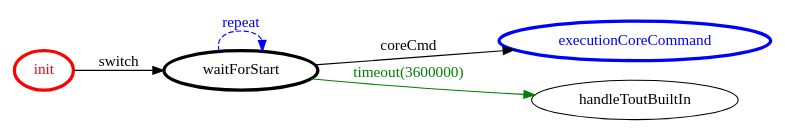
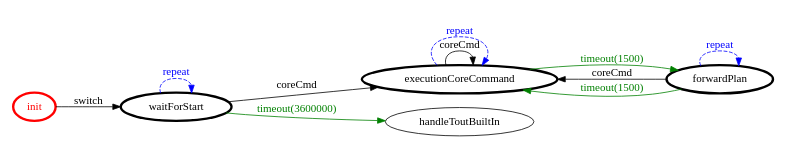
Before and after one commit to FraGio/iss2018: the diagram in it.unibo.projectRobot/srcMore/it/unibo/movecorelogic/movecorelogic.gv, drawn with Graphviz. The commit also changed 26 other files, not shown here.

```diff
--- a/it.unibo.projectRobot/srcMore/it/unibo/movecorelogic/movecorelogic.gv
+++ b/it.unibo.projectRobot/srcMore/it/unibo/movecorelogic/movecorelogic.gv
@@ -1,20 +1,27 @@
 /*
 *
 * A GraphViz DOT FSM description 
 * Please use a GraphViz visualizer (like http://www.webgraphviz.com)
 *  
 */
 
 digraph finite_state_machine {
 	rankdir=LR
 	size="8,5"
 	
 	init [ color = red ][ fontcolor = red ][ penwidth = 3 ]
+	forwardPlan [ color = black ][ fontcolor = black ][ penwidth = 3 ]
 	waitForStart [ color = black ][ fontcolor = black ][ penwidth = 3 ]
-	executionCoreCommand [ color = blue ][ fontcolor = blue ][ penwidth = 3 ]
+	executionCoreCommand [ color = black ][ fontcolor = black ][ penwidth = 3 ]
 	
+	executionCoreCommand -> executionCoreCommand [ label = "coreCmd" ][ color = black ][ fontcolor = black ]
+	forwardPlan -> executionCoreCommand [ label = "coreCmd" ][ color = black ][ fontcolor = black ]
+	executionCoreCommand -> forwardPlan [ label = "timeout(1500)" ][ color = green ][ fontcolor = green ]
 	waitForStart -> handleToutBuiltIn [ label = "timeout(3600000)" ][ color = green ][ fontcolor = green ]
+	executionCoreCommand -> executionCoreCommand [ label = "repeat "][ style = dashed ][ color = blue ][ fontcolor = blue ]
+	forwardPlan -> forwardPlan [ label = "repeat "][ style = dashed ][ color = blue ][ fontcolor = blue ]
 	waitForStart -> executionCoreCommand [ label = "coreCmd" ][ color = black ][ fontcolor = black ]
 	waitForStart -> waitForStart [ label = "repeat "][ style = dashed ][ color = blue ][ fontcolor = blue ]
+	forwardPlan -> executionCoreCommand [ label = "timeout(1500)" ][ color = green ][ fontcolor = green ]
 	init -> waitForStart [ label = "switch" ][ color = black ][ fontcolor = black ]
 }
```
